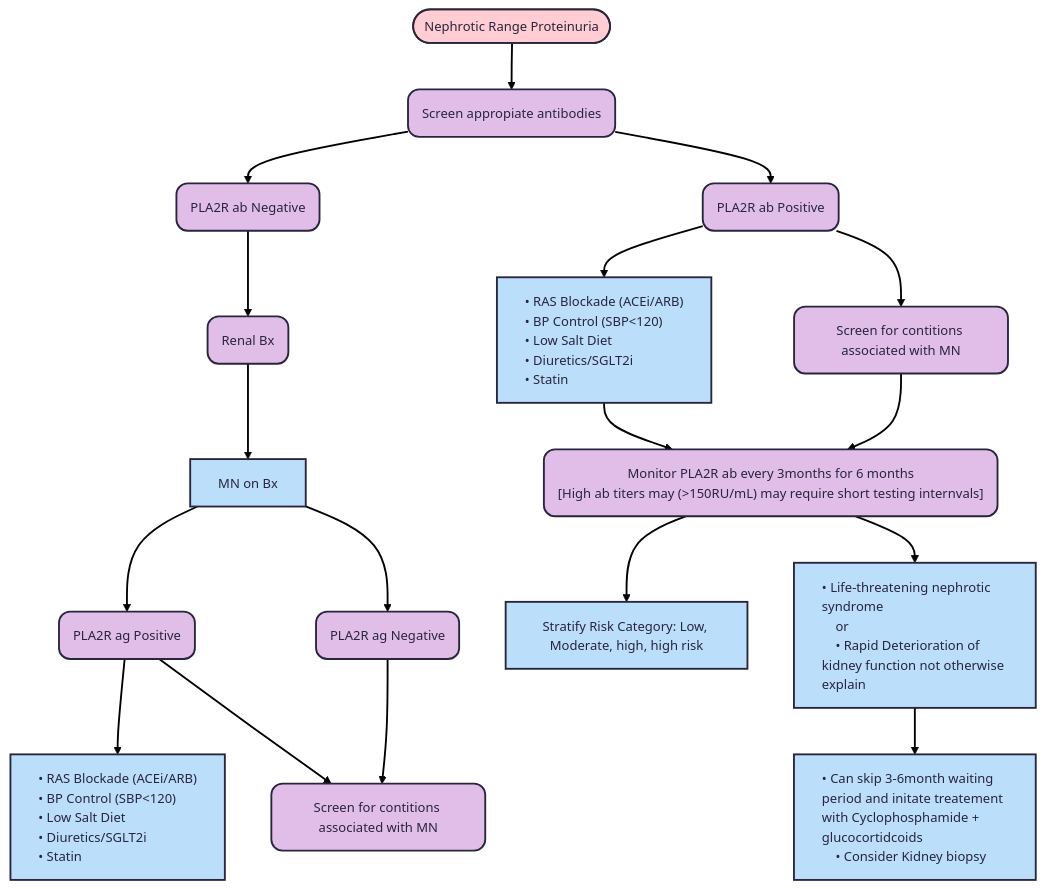
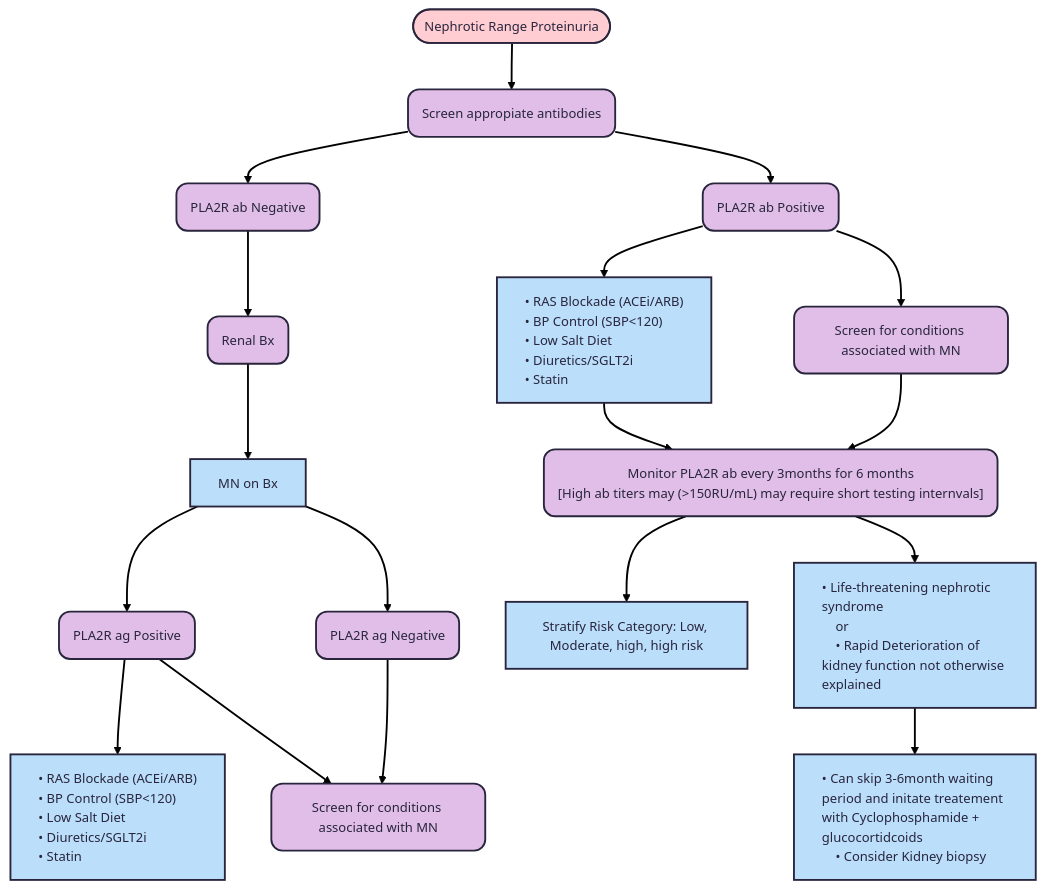
The first of 4 diagrams in docs/Membranous.md (TTUNEPH2025/GN), drawn with Mermaid before and after one commit. The commit also changed other lines of this file, not shown here.

````diff
--- a/docs/Membranous.md
+++ b/docs/Membranous.md
@@ -97,56 +97,56 @@
 ```mermaid
 ---
 config:
   theme: redux
 ---
 flowchart TD
     A(["Nephrotic Range Proteinuria"]) --> B["Screen appropiate antibodies"]
     B --> C["PLA2R ab Negative"] & D["PLA2R ab Positive"]
     C --> n1["Renal Bx"]
     n1 --> n2["MN on Bx"]
     n2 --> n3["PLA2R ag Positive"] & n4["PLA2R ag Negative"]
-    n4 --> n5["Screen for contitions associated with MN"]
+    n4 --> n5["Screen for conditions associated with MN"]
     n3 --> n6["• RAS Blockade (ACEi/ARB)
     • BP Control (SBP&lt;120)
     • Low Salt Diet
     • Diuretics/SGLT2i
     • Statin"] & n5
     D --> n7["• RAS Blockade (ACEi/ARB)
     • BP Control (SBP&lt;120)
     • Low Salt Diet
     • Diuretics/SGLT2i
-    • Statin"] & n8["Screen for contitions associated with MN"]
+    • Statin"] & n8["Screen for conditions associated with MN"]
     n7 --> n9["Monitor PLA2R ab every 3months for 6 months
     [High ab titers may (>150RU/mL) may require short testing internvals]"]
     n8 --> n9
     n9 --> n10["Stratify Risk Category: Low, Moderate, high, high risk"] & n11["• Life-threatening nephrotic syndrome
     or
-    • Rapid Deterioration of kidney function not otherwise explain"]
+    • Rapid Deterioration of kidney function not otherwise explained"]
     n11 --> n12[" • Can skip 3-6month waiting period and initate treatement with Cyclophosphamide + glucocortidcoids 
     • Consider Kidney biopsy"]
     B@{ shape: rounded}
     C@{ shape: rounded}
     D@{ shape: rounded}
     n1@{ shape: rounded}
     n3@{ shape: rounded}
     n4@{ shape: rounded}
     n5@{ shape: rounded}
     n8@{ shape: rounded}
     n9@{ shape: rounded}
     style A fill:#FFCDD2
     style B fill:#E1BEE7
     style C fill:#E1BEE7
     style D fill:#E1BEE7
     style n1 fill:#E1BEE7
     style n2 fill:#BBDEFB
     style n3 fill:#E1BEE7
     style n4 fill:#E1BEE7
     style n5 fill:#E1BEE7
     style n6 fill:#BBDEFB,text-align:left,white-space:nowrap
     style n7 fill:#BBDEFB,text-align:left,white-space:nowrap
     style n8 fill:#E1BEE7
     style n9 fill:#E1BEE7,white-space:nowrap
     style n10 fill:#BBDEFB
     style n11 fill:#BBDEFB,text-align:left
     style n12 fill:#BBDEFB,text-align:left
 ```
````
